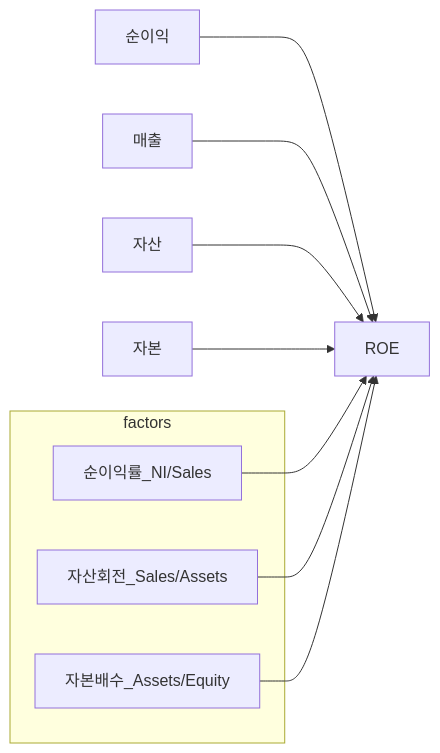
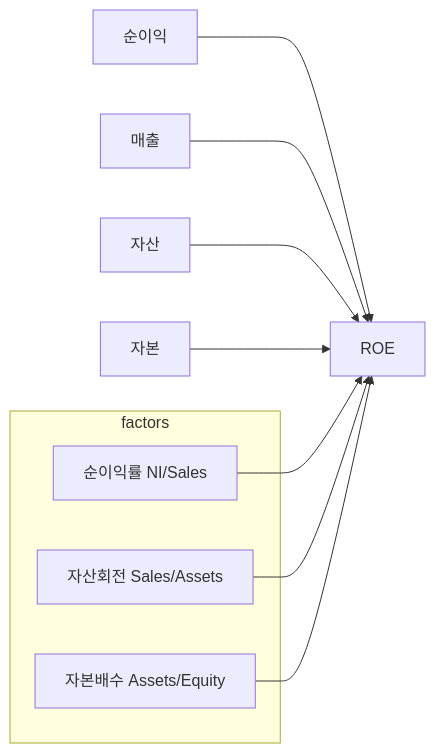
The second of 3 diagrams in 01-foundations/financial-statements-analysis.md (goldanghenry/Finances), drawn with Mermaid before and after one commit. The commit also changed other lines of this file and 211 other files, not shown here.

````diff
--- a/01-foundations/financial-statements-analysis.md
+++ b/01-foundations/financial-statements-analysis.md
@@ -150,15 +161,15 @@
 ```mermaid
 flowchart LR
   NI[순이익] --> ROE[ROE]
   Sales[매출] --> ROE
   Assets[자산] --> ROE
   Equity[자본] --> ROE
   subgraph factors
-    PM[순이익률_NI/Sales]
-    AT[자산회전_Sales/Assets]
-    EM[자본배수_Assets/Equity]
+    PM["순이익률 NI/Sales"]
+    AT["자산회전 Sales/Assets"]
+    EM["자본배수 Assets/Equity"]
   end
   PM --> ROE
   AT --> ROE
   EM --> ROE
 ```
````
